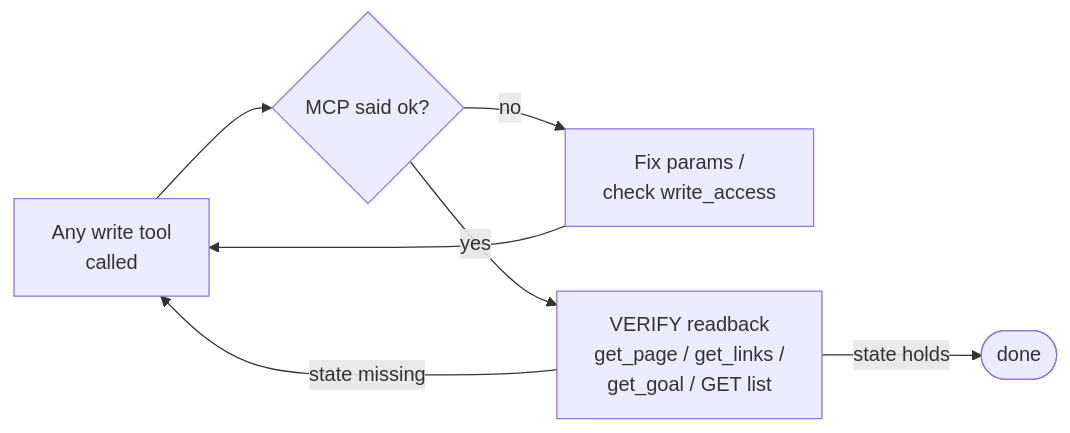
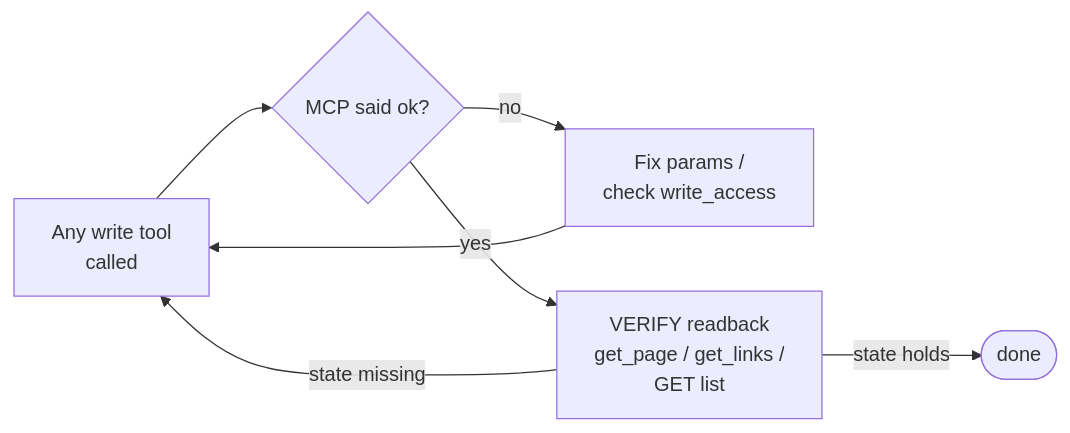
One commit to alvarolizama/dran changed the second of 2 diagrams in skills/dran/SKILL.md. Above: the diagram before and after it, drawn with Mermaid. The commit also changed other lines of this file and 71 other files, not shown here.

````diff
--- a/skills/dran/SKILL.md
+++ b/skills/dran/SKILL.md
@@ -66,8 +57,8 @@
 ```mermaid
 flowchart LR
   W["Any write tool\ncalled"] --> G{"MCP said ok?"}
   G -->|"no"| F["Fix params /\ncheck write_access"] --> W
-  G -->|"yes"| V["VERIFY readback\nget_page / get_links /\nget_goal / GET list"]
+  G -->|"yes"| V["VERIFY readback\nget_page / get_links /\nGET list"]
   V -->|"state holds"| E([done])
   V -->|"state missing"| W
 ```
````
